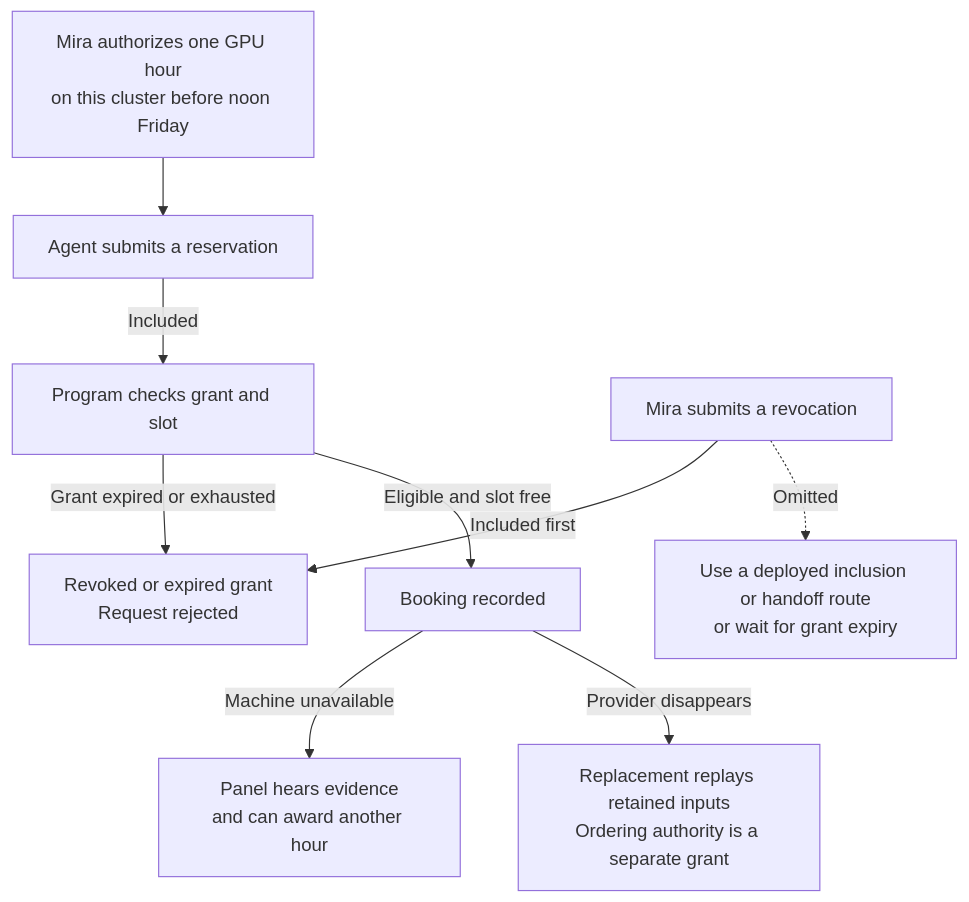
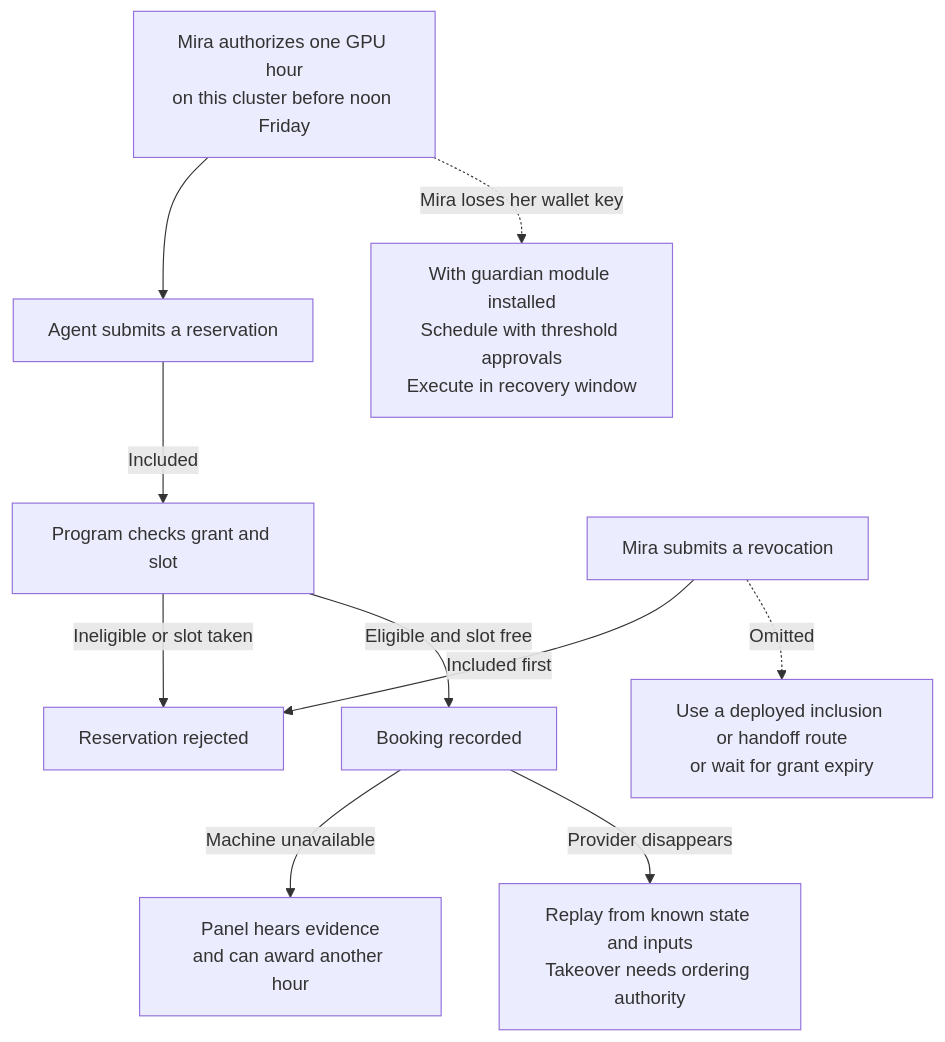
Before and after one commit to syscoin/sys-docs: the first of 2 diagrams in docs/intro/human-and-ai.mdx, drawn with Mermaid. The commit also changed 4 other files, not shown here.

````diff
--- a/docs/intro/human-and-ai.mdx
+++ b/docs/intro/human-and-ai.mdx
@@ -42,13 +42,14 @@
 ```mermaid
 flowchart TD
     accTitle: A member’s choices in the hypothetical reservation application
-    accDescr: Mira grants a one-hour allowance with an expiry. An included reservation is checked against the active grant. An included revocation or an expired grant prevents the agent from booking. If the sequencer omits the revocation, Mira needs the deployment’s inclusion or handoff route. Members can appeal a physical failure to the panel, and a replacement can use retained records to reconstruct the booking.
+    accDescr: Mira grants a one-hour allowance with an expiry. The program rejects an ineligible request or a request for a taken slot. A revocation recorded first prevents booking. An omitted revocation needs an inclusion or handoff route, or the grant can expire. If Mira loses her wallet key, an installed guardian module can execute an approved recovery within its configured window. Members can appeal a machine failure. A replacement operator needs retained inputs for replay and separate authority to sequence.
     Grant["Mira authorizes one GPU hour<br/>on this cluster before noon Friday"] --> Request["Agent submits a reservation"]
     Request -->|Included| Check["Program checks grant and slot"]
-    Revoke["Mira submits a revocation"] -->|Included first| Reject["Revoked or expired grant<br/>Request rejected"]
-    Check -->|Grant expired or exhausted| Reject
+    Revoke["Mira submits a revocation"] -->|Included first| Reject["Reservation rejected"]
+    Check -->|Ineligible or slot taken| Reject
     Check -->|Eligible and slot free| Book["Booking recorded"]
     Revoke -.->|Omitted| Remedy["Use a deployed inclusion or handoff route<br/>or wait for grant expiry"]
     Book -->|Machine unavailable| Appeal["Panel hears evidence<br/>and can award another hour"]
-    Book -->|Provider disappears| Restore["Replacement replays retained inputs<br/>Ordering authority is a separate grant"]
+    Book -->|Provider disappears| Restore["Replay from known state and inputs<br/>Takeover needs ordering authority"]
+    Grant -.->|Mira loses her wallet key| Recover["With guardian module installed<br/>Schedule with threshold approvals<br/>Execute in recovery window"]
 ```
````
